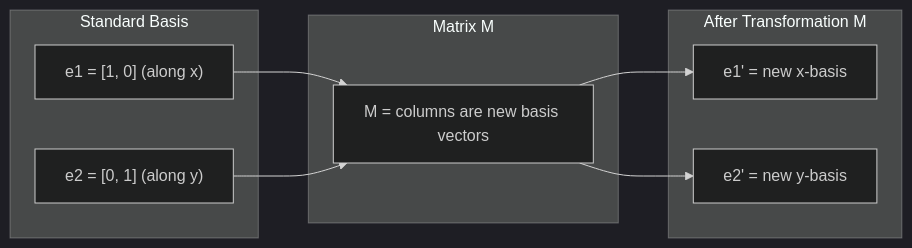
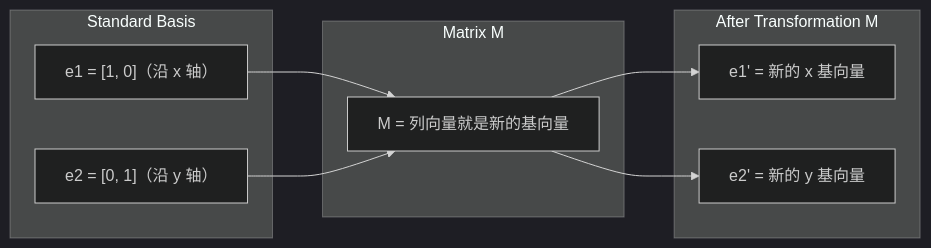
One commit to omigaZen/ai-engineering-from-scratch changed the first of 2 diagrams in phases/01-math-foundations/03-matrix-transformations/docs/zh.md. Above: the diagram before and after it, drawn with Mermaid (dark theme). The commit also changed other lines of this file, not shown here.

Commit message:
feat(phase-01/03): polish matrix transformations text

````diff
--- a/phases/01-math-foundations/03-matrix-transformations/docs/zh.md
+++ b/phases/01-math-foundations/03-matrix-transformations/docs/zh.md
@@ -29,18 +29,18 @@
 ```mermaid
 graph LR
     subgraph Before["Standard Basis"]
-        e1["e1 = [1, 0] (along x)"]
-        e2["e2 = [0, 1] (along y)"]
+        e1["e1 = [1, 0]（沿 x 轴）"]
+        e2["e2 = [0, 1]（沿 y 轴）"]
     end
     subgraph Transform["Matrix M"]
-        M["M = columns are new basis vectors"]
+        M["M = 列向量就是新的基向量"]
     end
     subgraph After["After Transformation M"]
-        e1p["e1' = new x-basis"]
-        e2p["e2' = new y-basis"]
+        e1p["e1' = 新的 x 基向量"]
+        e2p["e2' = 新的 y 基向量"]
     end
     e1 --> M
     e2 --> M
     M --> e1p
     M --> e2p
 ```
````
